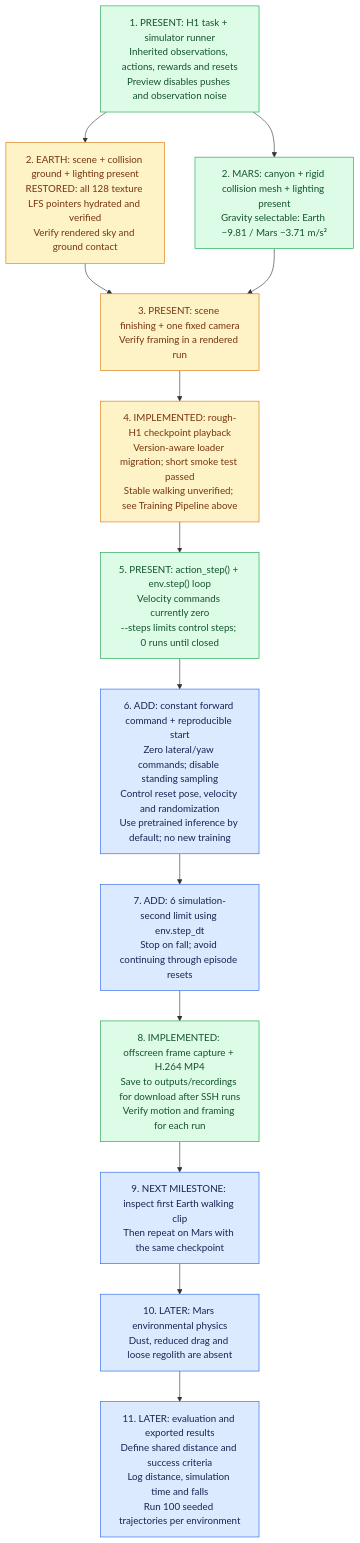
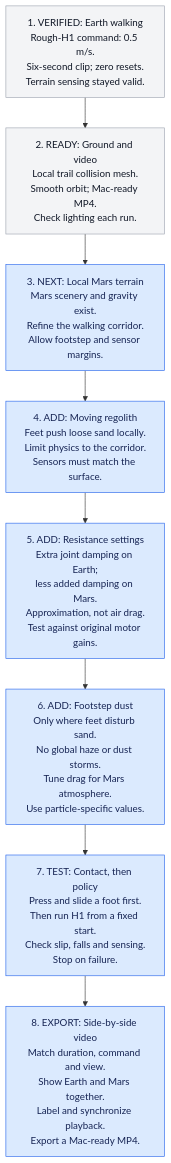
One commit to eddie-wq07/Mars-Project changed the third of 3 diagrams in README.md. Above: the diagram before and after it, drawn with Mermaid. The commit also changed other lines of this file and 2 other files, not shown here.

Commit message:
update env plan in README

````diff
--- a/README.md
+++ b/README.md
@@ -125,29 +124,18 @@
 ```mermaid
 flowchart TD
-    base["1. PRESENT: H1 task + simulator runner<br/>Inherited observations, actions, rewards and resets<br/>Preview disables pushes and observation noise"]
-    earth["2. EARTH: scene + collision ground + lighting present<br/>RESTORED: all 128 texture LFS pointers hydrated and verified<br/>Verify rendered sky and ground contact"]
-    mars["2. MARS: canyon + rigid collision mesh + lighting present<br/>Gravity selectable: Earth −9.81 / Mars −3.71 m/s²"]
-    camera["3. PRESENT: scene finishing + one fixed camera<br/>Verify framing in a rendered run"]
-    policy["4. IMPLEMENTED: rough-H1 checkpoint playback<br/>Version-aware loader migration; short smoke test passed<br/>Stable walking unverified; see Training Pipeline above"]
-    loop["5. PRESENT: action_step() + env.step() loop<br/>Velocity commands currently zero<br/>--steps limits control steps; 0 runs until closed"]
-    walk["6. ADD: constant forward command + reproducible start<br/>Zero lateral/yaw commands; disable standing sampling<br/>Control reset pose, velocity and randomization<br/>Use pretrained inference by default; no new training"]
-    timing["7. ADD: 6 simulation-second limit using env.step_dt<br/>Stop on fall; avoid continuing through episode resets"]
-    video["8. IMPLEMENTED: offscreen frame capture + H.264 MP4<br/>Save to outputs/recordings for download after SSH runs<br/>Verify motion and framing for each run"]
-    iterate["9. NEXT MILESTONE: inspect first Earth walking clip<br/>Then repeat on Mars with the same checkpoint"]
-    physics["10. LATER: Mars environmental physics<br/>Dust, reduced drag and loose regolith are absent"]
-    evaluation["11. LATER: evaluation and exported results<br/>Define shared distance and success criteria<br/>Log distance, simulation time and falls<br/>Run 100 seeded trajectories per environment"]
+    earth["1. VERIFIED: Earth walking<br/>Rough-H1 command: 0.5 m/s.<br/>Six-second clip; zero resets.<br/>Terrain sensing stayed valid."]
+    capture["2. READY: Ground and video<br/>Local trail collision mesh.<br/>Smooth orbit; Mac-ready MP4.<br/>Check lighting each run."]
+    mars["3. NEXT: Local Mars terrain<br/>Mars scenery and gravity exist.<br/>Refine the walking corridor.<br/>Allow footstep and sensor margins."]
+    soil["4. ADD: Moving regolith<br/>Feet push loose sand locally.<br/>Limit physics to the corridor.<br/>Sensors must match the surface."]
+    damping["5. ADD: Resistance settings<br/>Extra joint damping on Earth;<br/>less added damping on Mars.<br/>Approximation, not air drag.<br/>Test against original motor gains."]
+    dust["6. ADD: Footstep dust<br/>Only where feet disturb sand.<br/>No global haze or dust storms.<br/>Tune drag for Mars atmosphere.<br/>Use particle-specific values."]
+    test["7. TEST: Contact, then policy<br/>Press and slide a foot first.<br/>Then run H1 from a fixed start.<br/>Check slip, falls and sensing.<br/>Stop on failure."]
+    compare["8. EXPORT: Side-by-side video<br/>Match duration, command and view.<br/>Show Earth and Mars together.<br/>Label and synchronize playback.<br/>Export a Mac-ready MP4."]
 
-    base --> earth
-    base --> mars
-    earth --> camera
-    mars --> camera
-    camera --> policy --> loop --> walk --> timing --> video --> iterate
-    iterate --> physics --> evaluation
+    earth --> capture --> mars --> soil --> damping --> dust --> test --> compare
 
-    classDef present fill:#dcfce7,stroke:#16a34a,color:#14532d;
-    classDef verify fill:#fef3c7,stroke:#d97706,color:#78350f;
-    classDef todo fill:#dbeafe,stroke:#2563eb,color:#172554;
-    class base,mars,loop,video present;
-    class earth,camera,policy verify;
-    class walk,timing,iterate,physics,evaluation todo;
+    classDef core fill:#dbeafe,stroke:#2563eb,color:#172554;
+    classDef support fill:#f3f4f6,stroke:#9ca3af,color:#111827;
+    class mars,soil,damping,dust,test,compare core;
+    class earth,capture support;
 ```
````
